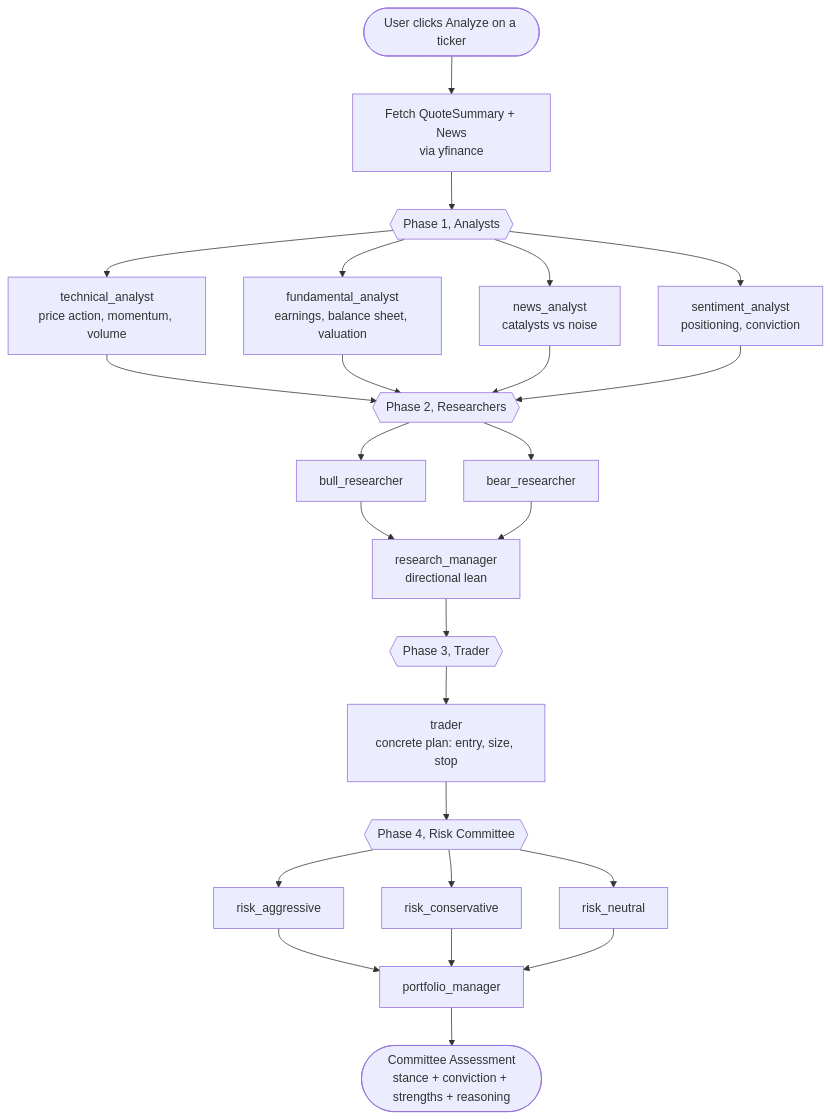
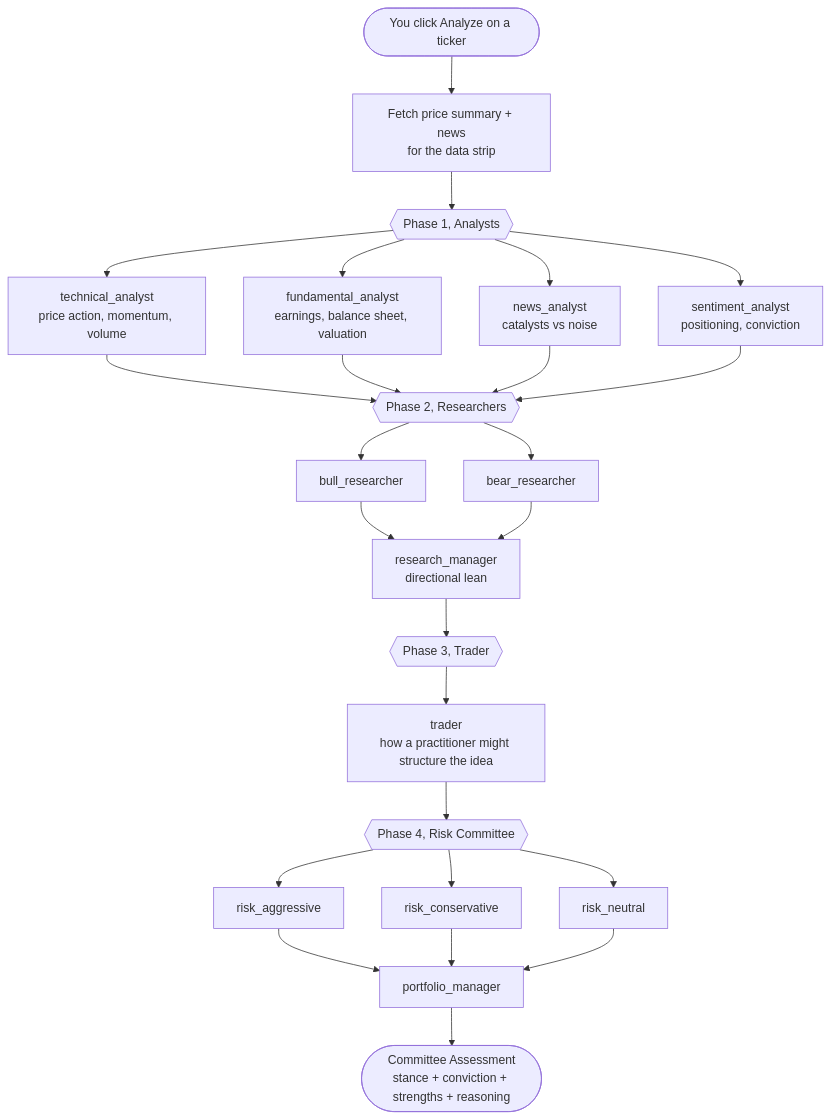
The first of 2 diagrams in docs/kb/how-it-works.md (RBJGlobal/TradingAgentsLab-Pro), drawn with Mermaid before and after one commit. The commit also changed other lines of this file and 16 other files, not shown here.

````diff
--- a/docs/kb/how-it-works.md
+++ b/docs/kb/how-it-works.md
@@ -24,26 +80,26 @@
 ```mermaid
 flowchart TD
-    Start([User clicks Analyze on a ticker]) --> Data[Fetch QuoteSummary + News<br/>via yfinance]
+    Start([You click Analyze on a ticker]) --> Data[Fetch price summary + news<br/>for the data strip]
 
     Data --> P1{{Phase 1, Analysts}}
     P1 --> A1[technical_analyst<br/>price action, momentum, volume]
     P1 --> A2[fundamental_analyst<br/>earnings, balance sheet, valuation]
     P1 --> A3[news_analyst<br/>catalysts vs noise]
     P1 --> A4[sentiment_analyst<br/>positioning, conviction]
 
     A1 & A2 & A3 & A4 --> P2{{Phase 2, Researchers}}
     P2 --> R1[bull_researcher]
     P2 --> R2[bear_researcher]
     R1 & R2 --> R3[research_manager<br/>directional lean]
 
     R3 --> P3{{Phase 3, Trader}}
-    P3 --> T[trader<br/>concrete plan: entry, size, stop]
+    P3 --> T[trader<br/>how a practitioner might structure the idea]
 
     T --> P4{{Phase 4, Risk Committee}}
     P4 --> RA[risk_aggressive]
     P4 --> RC[risk_conservative]
     P4 --> RN[risk_neutral]
     RA & RC & RN --> PM[portfolio_manager]
 
     PM --> Out([Committee Assessment<br/>stance + conviction + strengths + reasoning])
 ```
````
